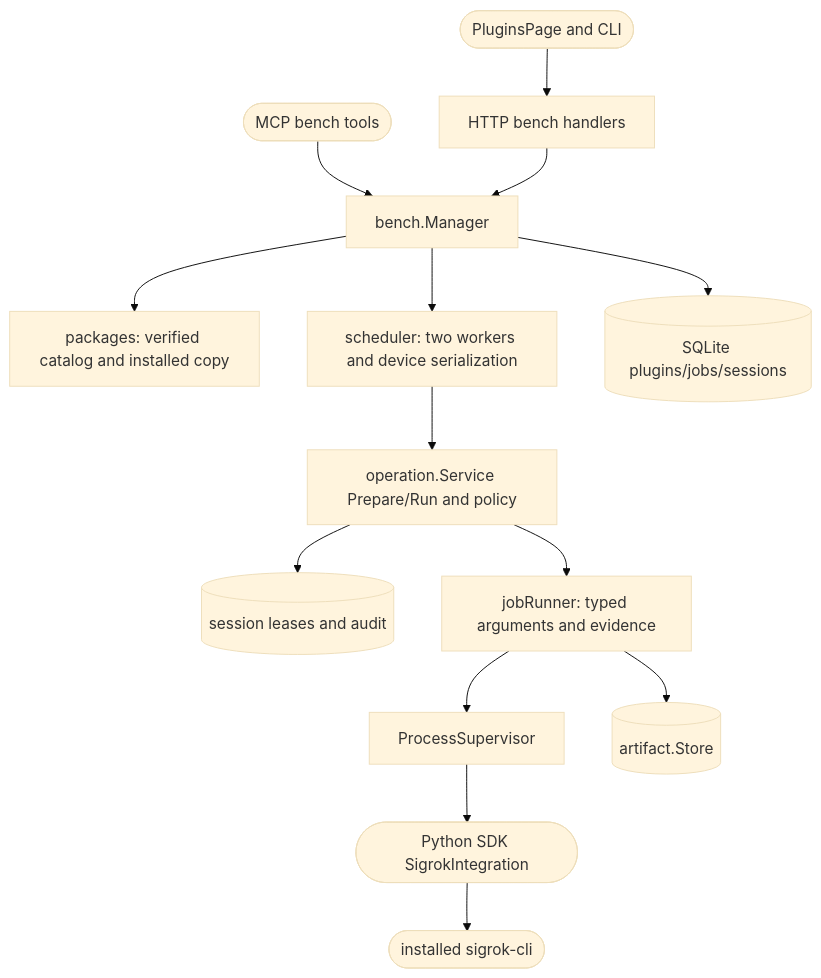
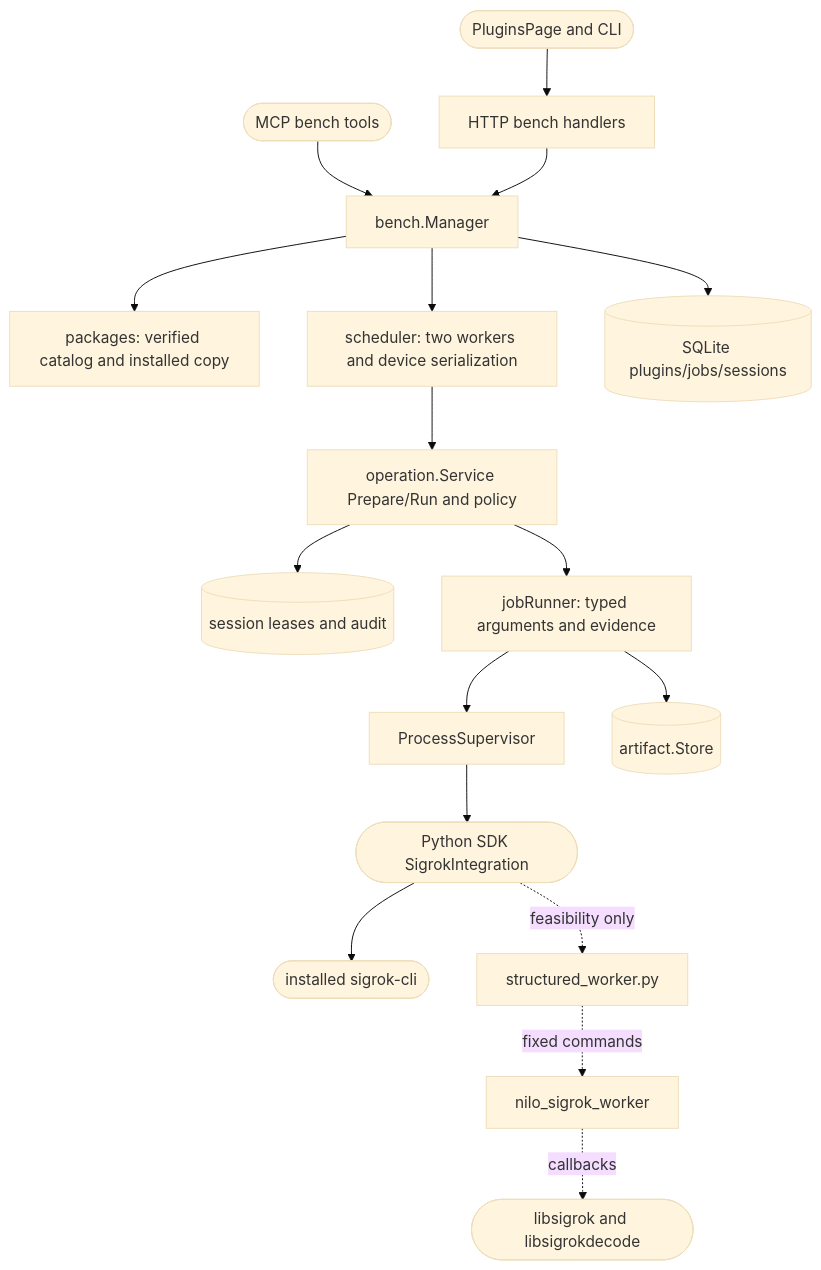
The diagram in .agentic/knowledge/bench-integrations.md (DDP-Engineering/2026_Networked_Intelligent_Lab_Orchestrator), drawn with Mermaid (base theme) before and after one commit. The commit also changed other lines of this file and 21 other files, not shown here.

First line of the commit message:
feat(sigrok): prove structured worker feasibility

````diff
--- a/.agentic/knowledge/bench-integrations.md
+++ b/.agentic/knowledge/bench-integrations.md
@@ -73,16 +82,19 @@
 ```mermaid
 flowchart TD
     gui([PluginsPage and CLI]) --> http[HTTP bench handlers]
     mcp([MCP bench tools]) --> manager[bench.Manager]
     http --> manager
     manager --> packages[packages: verified catalog and installed copy]
     manager --> queue[scheduler: two workers and device serialization]
     manager --> db[(SQLite plugins/jobs/sessions)]
     queue --> operation[operation.Service Prepare/Run and policy]
     operation --> leases[(session leases and audit)]
     operation --> adapter[jobRunner: typed arguments and evidence]
     adapter --> supervisor[ProcessSupervisor]
     supervisor --> sdk([Python SDK SigrokIntegration])
     sdk --> cli([installed sigrok-cli])
+    sdk -. feasibility only .-> structured[structured_worker.py]
+    structured -. fixed commands .-> native[nilo_sigrok_worker]
+    native -. callbacks .-> libraries([libsigrok and libsigrokdecode])
     adapter --> artifacts[(artifact.Store)]
 ```
````
